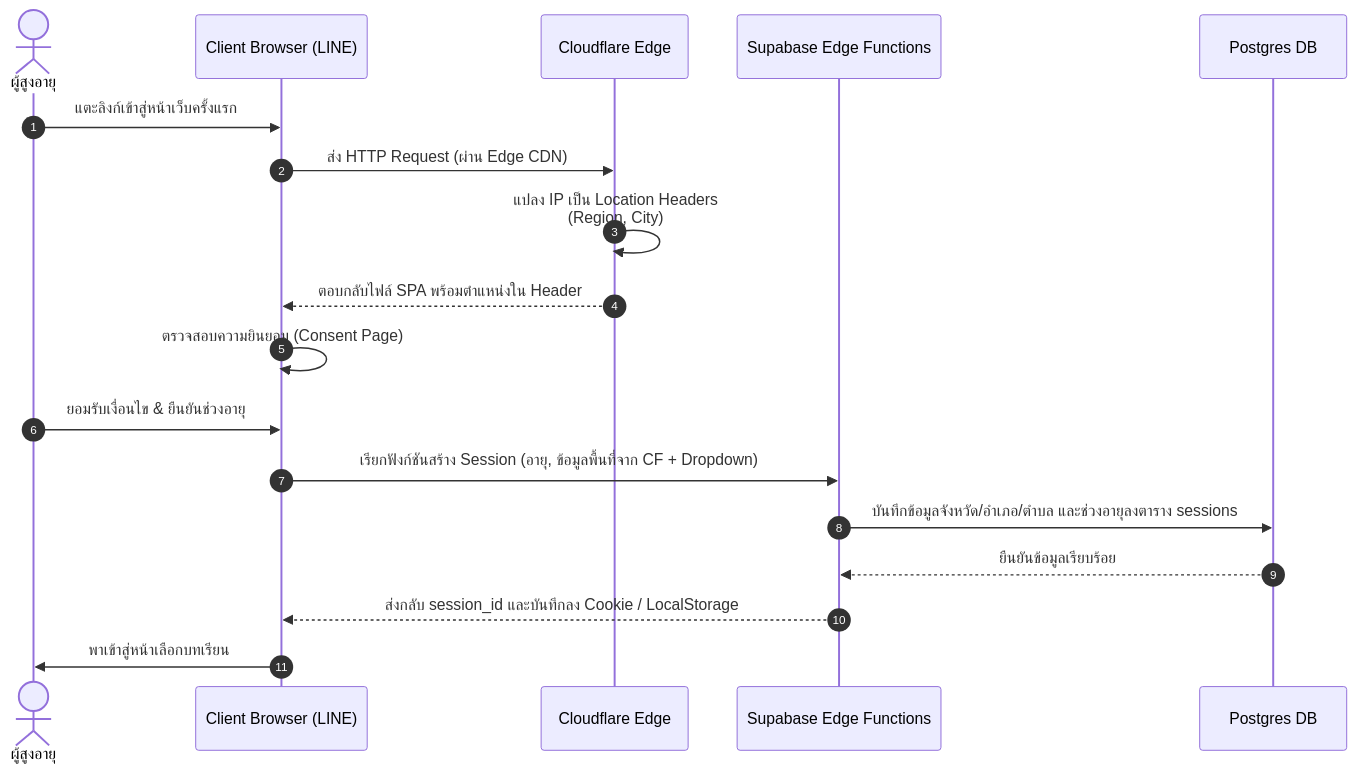
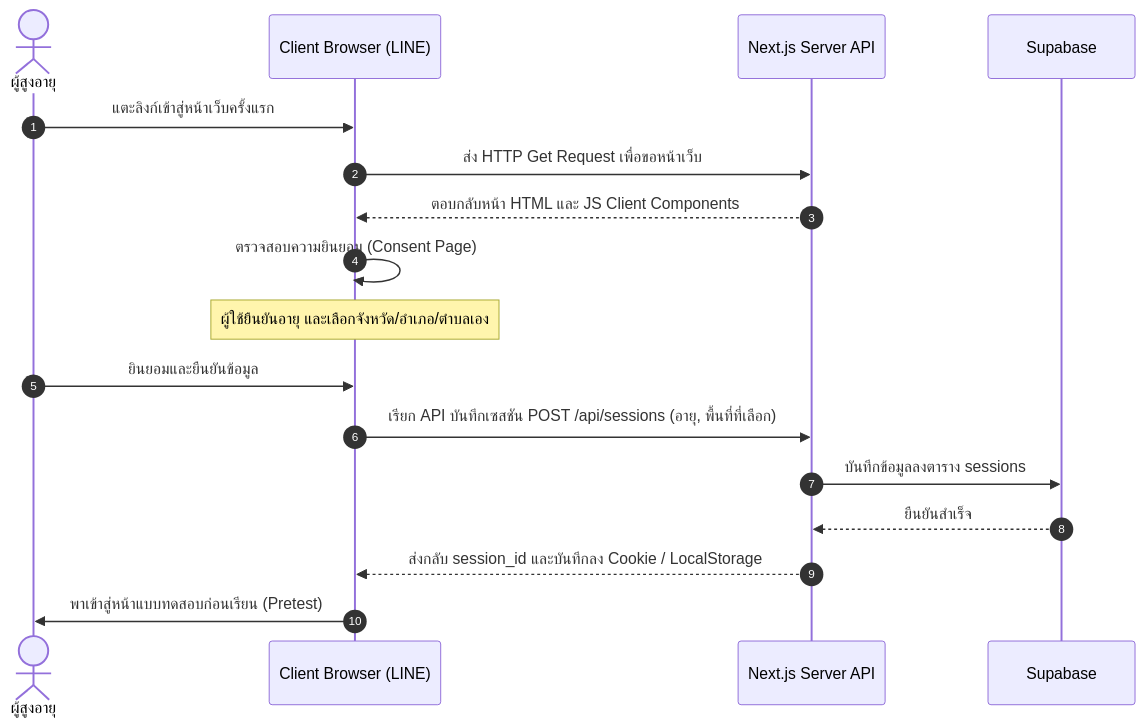
The second of 4 diagrams in docs/software/02-architecture.md (ChayutChanmueang/media-literacy-preview), drawn with Mermaid before and after one commit. The commit also changed other lines of this file and 616 other files, not shown here.

````diff
--- a/docs/software/02-architecture.md
+++ b/docs/software/02-architecture.md
@@ -85,21 +110,20 @@
 ```mermaid
 sequenceDiagram
     autonumber
     actor Elder as ผู้สูงอายุ
     participant Browser as Client Browser (LINE)
-    participant CF as Cloudflare Edge
-    participant SEF as Supabase Edge Functions
-    participant DB as Postgres DB
+    participant API as Next.js Server API
+    participant DB as Supabase
 
     Elder->>Browser: แตะลิงก์เข้าสู่หน้าเว็บครั้งแรก
-    Browser->>CF: ส่ง HTTP Request (ผ่าน Edge CDN)
-    CF->>CF: แปลง IP เป็น Location Headers<br/>(Region, City)
-    CF-->>Browser: ตอบกลับไฟล์ SPA พร้อมตำแหน่งใน Header
+    Browser->>API: ส่ง HTTP Get Request เพื่อขอหน้าเว็บ
+    API-->>Browser: ตอบกลับหน้า HTML และ JS Client Components
     Browser->>Browser: ตรวจสอบความยินยอม (Consent Page)
-    Elder->>Browser: ยอมรับเงื่อนไข & ยืนยันช่วงอายุ
-    Browser->>SEF: เรียกฟังก์ชันสร้าง Session (อายุ, ข้อมูลพื้นที่จาก CF + Dropdown)
-    SEF->>DB: บันทึกข้อมูลจังหวัด/อำเภอ/ตำบล และช่วงอายุลงตาราง sessions
-    DB-->>SEF: ยืนยันข้อมูลเรียบร้อย
-    SEF-->>Browser: ส่งกลับ session_id และบันทึกลง Cookie / LocalStorage
-    Browser->>Elder: พาเข้าสู่หน้าเลือกบทเรียน
+    Note over Browser: ผู้ใช้ยืนยันอายุ และเลือกจังหวัด/อำเภอ/ตำบลเอง
+    Elder->>Browser: ยินยอมและยืนยันข้อมูล
+    Browser->>API: เรียก API บันทึกเซสชัน POST /api/sessions (อายุ, พื้นที่ที่เลือก)
+    API->>DB: บันทึกข้อมูลลงตาราง sessions
+    DB-->>API: ยืนยันสำเร็จ
+    API-->>Browser: ส่งกลับ session_id และบันทึกลง Cookie / LocalStorage
+    Browser->>Elder: พาเข้าสู่หน้าแบบทดสอบก่อนเรียน (Pretest)
 ```
````
